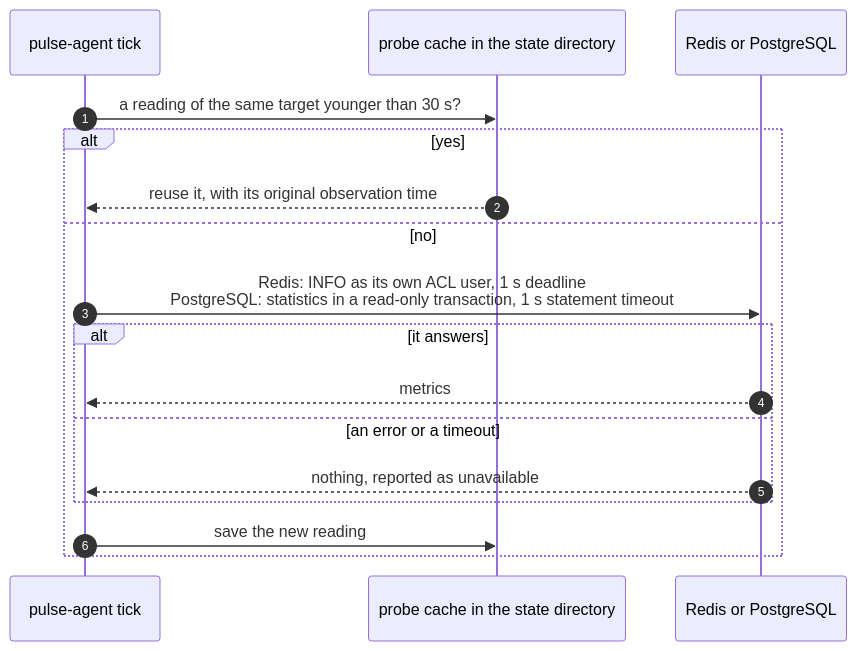
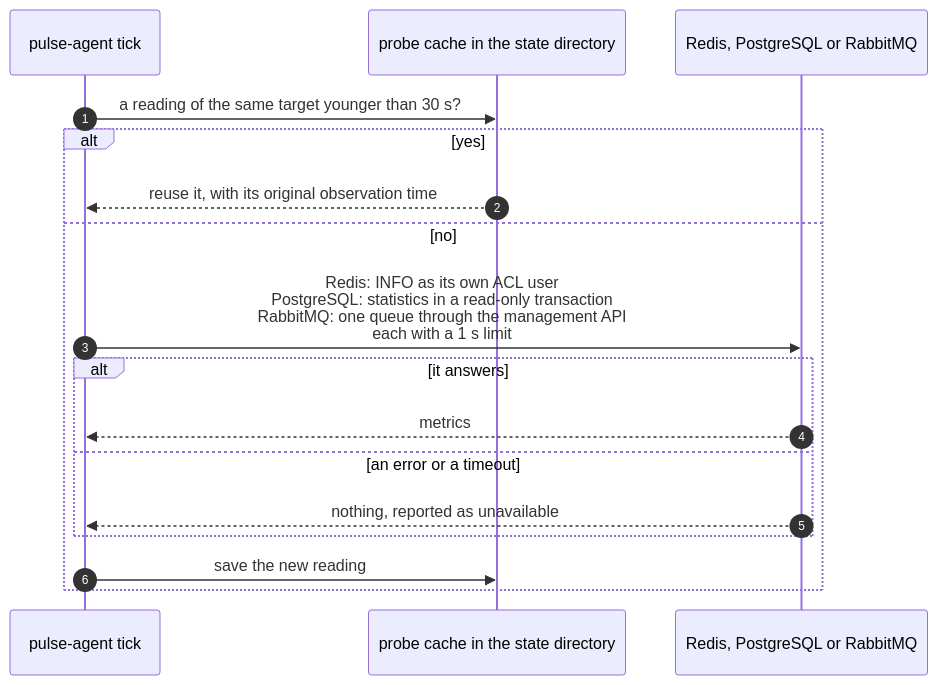
Before and after one commit to vpetukhov-wbss/homelab-infrastructure: the fifth of 7 diagrams in apps/homelab-pulse/README.md, drawn with Mermaid. The commit also changed other lines of this file and 6 other files, not shown here.

```diff
--- a/apps/homelab-pulse/README.md
+++ b/apps/homelab-pulse/README.md
@@ -139,19 +139,19 @@
 ~~~mermaid
 sequenceDiagram
     autonumber
     participant A as pulse-agent tick
     participant K as probe cache in the state directory
-    participant S as Redis or PostgreSQL
+    participant S as Redis, PostgreSQL or RabbitMQ
     A->>K: a reading of the same target younger than 30 s?
     alt yes
         K-->>A: reuse it, with its original observation time
     else no
-        A->>S: Redis: INFO as its own ACL user, 1 s deadline<br/>PostgreSQL: statistics in a read-only transaction, 1 s statement timeout
+        A->>S: Redis: INFO as its own ACL user<br/>PostgreSQL: statistics in a read-only transaction<br/>RabbitMQ: one queue through the management API<br/>each with a 1 s limit
         alt it answers
             S-->>A: metrics
         else an error or a timeout
             S-->>A: nothing, reported as unavailable
         end
         A->>K: save the new reading
     end
 ~~~
```
